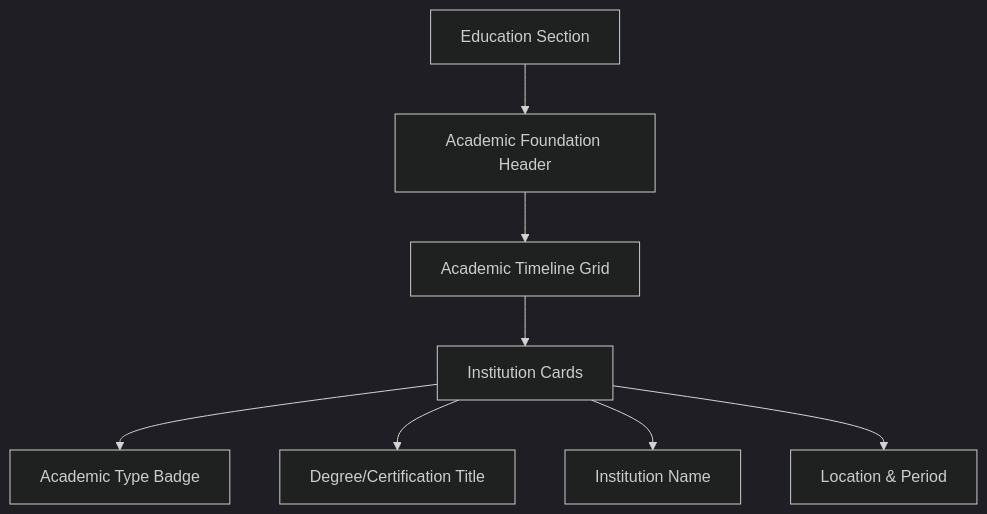
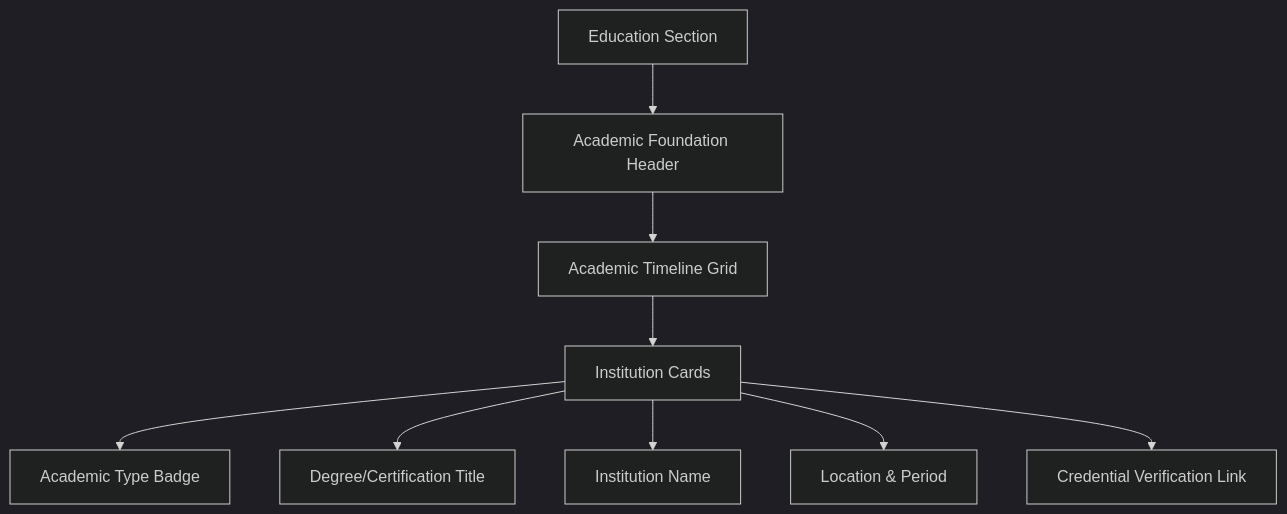
Before and after one commit to subash7781/Portfolio: the sixth of 7 diagrams in .qoder/repowiki/en/content/Component Library & UI Elements/Navigation Component.md, drawn with Mermaid (dark theme). The commit also changed other lines of this file and 5 other files, not shown here.

````diff
--- a/.qoder/repowiki/en/content/Component Library & UI Elements/Navigation Component.md
+++ b/.qoder/repowiki/en/content/Component Library & UI Elements/Navigation Component.md
@@ -288,10 +301,11 @@
 ```mermaid
 flowchart TD
 Education["Education Section"] --> Header["Academic Foundation Header"]
 Header --> Timeline["Academic Timeline Grid"]
 Timeline --> Institution["Institution Cards"]
 Institution --> Type["Academic Type Badge"]
 Institution --> Title["Degree/Certification Title"]
 Institution --> InstitutionName["Institution Name"]
 Institution --> Location["Location & Period"]
+Institution --> Credential["Credential Verification Link"]
 ```
````
